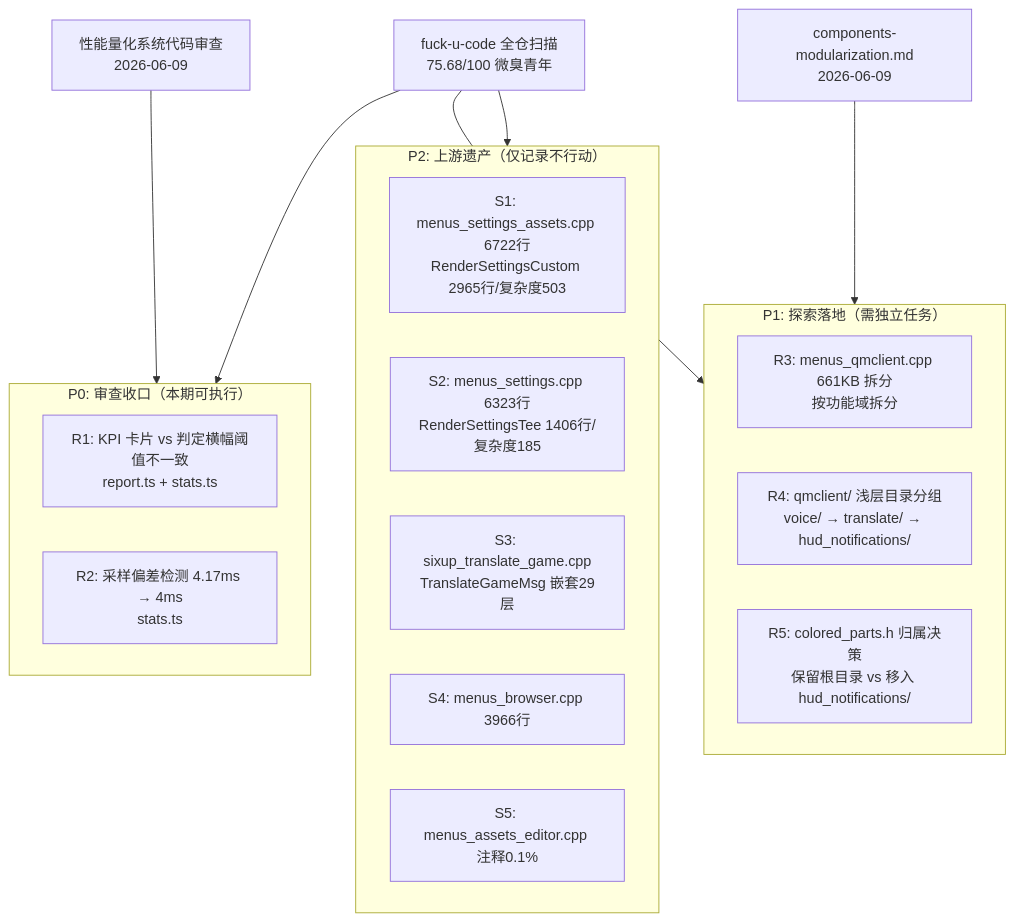
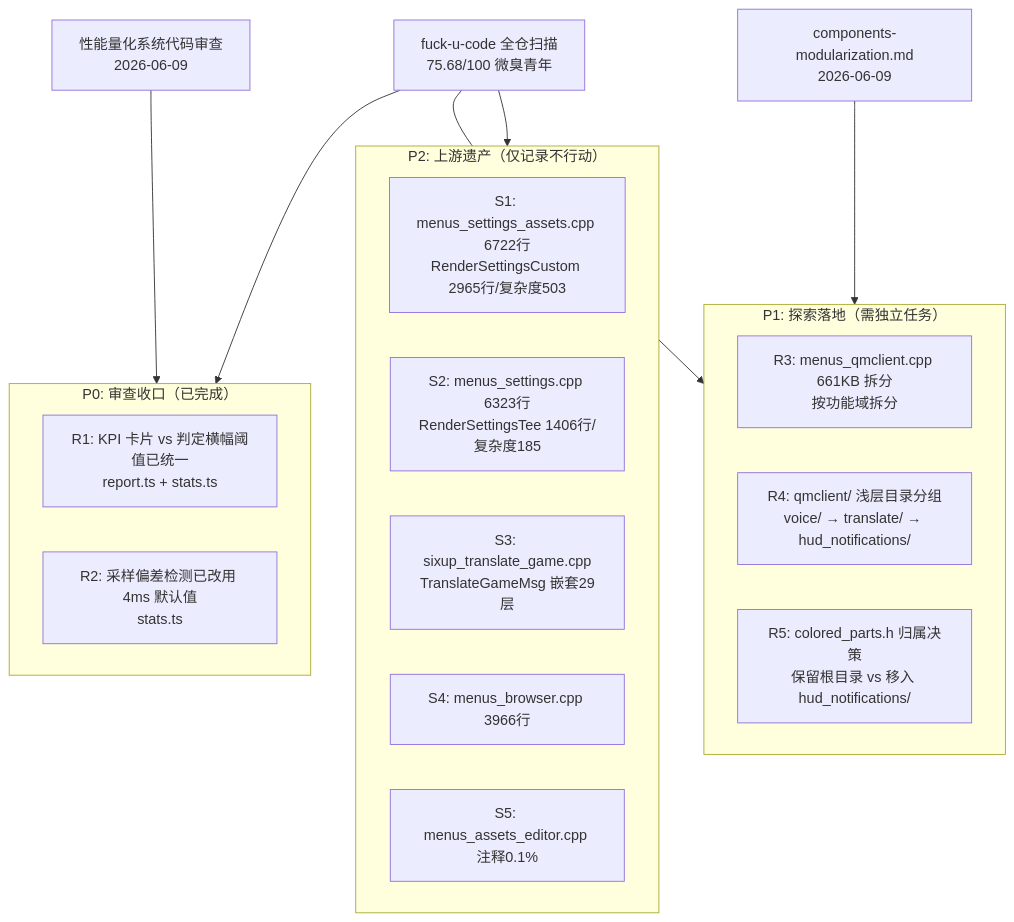
One commit to AZheHa/QmClient changed the diagram in docs/superpowers/explore/2026-06-09-fuck-u-code-扫描与重构机会分析.md. Above: the diagram before and after it, drawn with Mermaid. The commit also changed other lines of this file and 24 other files, not shown here.

````diff
--- a/docs/superpowers/explore/2026-06-09-fuck-u-code-扫描与重构机会分析.md
+++ b/docs/superpowers/explore/2026-06-09-fuck-u-code-扫描与重构机会分析.md
@@ -23,24 +31,24 @@
 ```mermaid
 flowchart TB
-    subgraph P0["P0: 审查收口（本期可执行）"]
-        R1["R1: KPI 卡片 vs 判定横幅阈值不一致<br/>report.ts + stats.ts"]
-        R2["R2: 采样偏差检测 4.17ms → 4ms<br/>stats.ts"]
+    subgraph P0["P0: 审查收口（已完成）"]
+        R1["R1: KPI 卡片 vs 判定横幅阈值已统一<br/>report.ts + stats.ts"]
+        R2["R2: 采样偏差检测已改用 4ms 默认值<br/>stats.ts"]
     end
     subgraph P1["P1: 探索落地（需独立任务）"]
         R3["R3: menus_qmclient.cpp 661KB 拆分<br/>按功能域拆分"]
         R4["R4: qmclient/ 浅层目录分组<br/>voice/ → translate/ → hud_notifications/"]
         R5["R5: colored_parts.h 归属决策<br/>保留根目录 vs 移入 hud_notifications/"]
     end
     subgraph P2["P2: 上游遗产（仅记录不行动）"]
         S1["S1: menus_settings_assets.cpp 6722行<br/>RenderSettingsCustom 2965行/复杂度503"]
         S2["S2: menus_settings.cpp 6323行<br/>RenderSettingsTee 1406行/复杂度185"]
         S3["S3: sixup_translate_game.cpp<br/>TranslateGameMsg 嵌套29层"]
         S4["S4: menus_browser.cpp 3966行"]
         S5["S5: menus_assets_editor.cpp 注释0.1%"]
     end
     Scan["fuck-u-code 全仓扫描<br/>75.68/100 微臭青年"] --> P0
     Scan --> P1
     Scan --> P2
     Review["性能量化系统代码审查<br/>2026-06-09"] --> P0
     Explore["components-modularization.md<br/>2026-06-09"] --> P1
 ```
````
